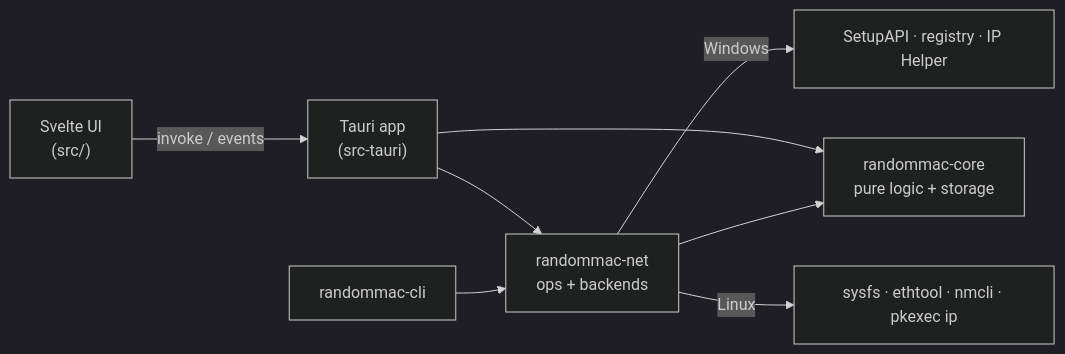
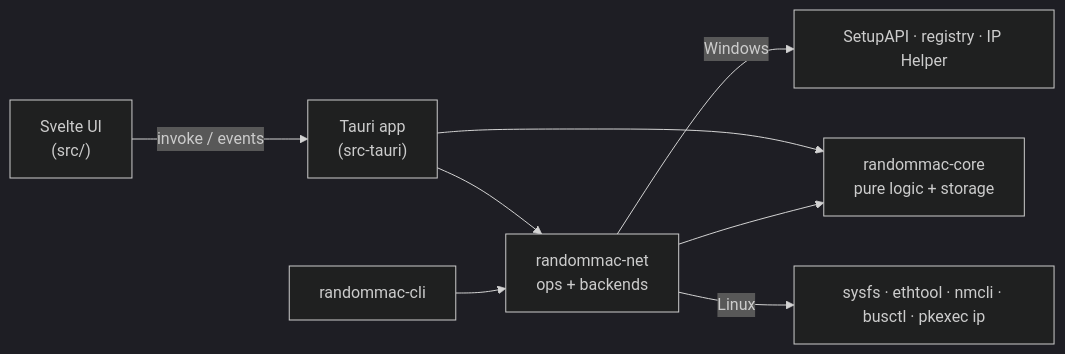
One commit to poli0981/randomizerMAC changed the diagram in docs/ARCHITECTURE.md. Above: the diagram before and after it, drawn with Mermaid (dark theme). The commit also changed other lines of this file and 59 other files, not shown here.

````diff
--- a/docs/ARCHITECTURE.md
+++ b/docs/ARCHITECTURE.md
@@ -5,10 +5,10 @@
 ```mermaid
 flowchart LR
   UI["Svelte UI<br/>(src/)"] -- "invoke / events" --> APP["Tauri app<br/>(src-tauri)"]
   CLI["randommac-cli"] --> NET
   APP --> NET["randommac-net<br/>ops + backends"]
   NET --> CORE["randommac-core<br/>pure logic + storage"]
   APP --> CORE
   NET -- Windows --> WIN["SetupAPI · registry · IP Helper"]
-  NET -- Linux --> LIN["sysfs · ethtool · nmcli · pkexec ip"]
+  NET -- Linux --> LIN["sysfs · ethtool · nmcli · busctl · pkexec ip"]
 ```
````
